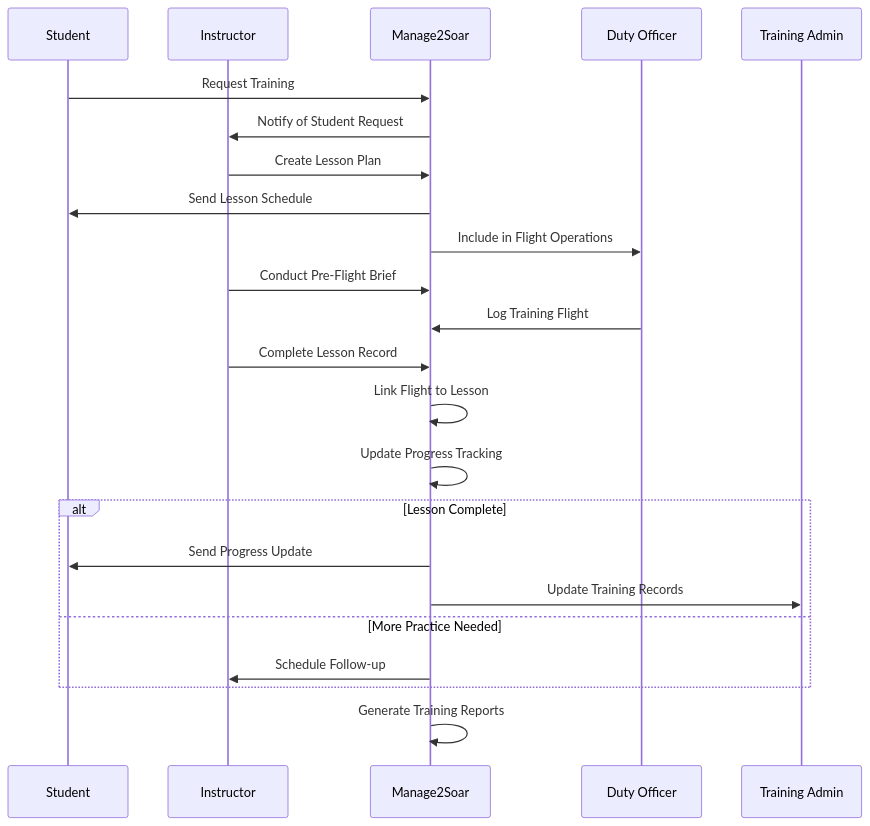
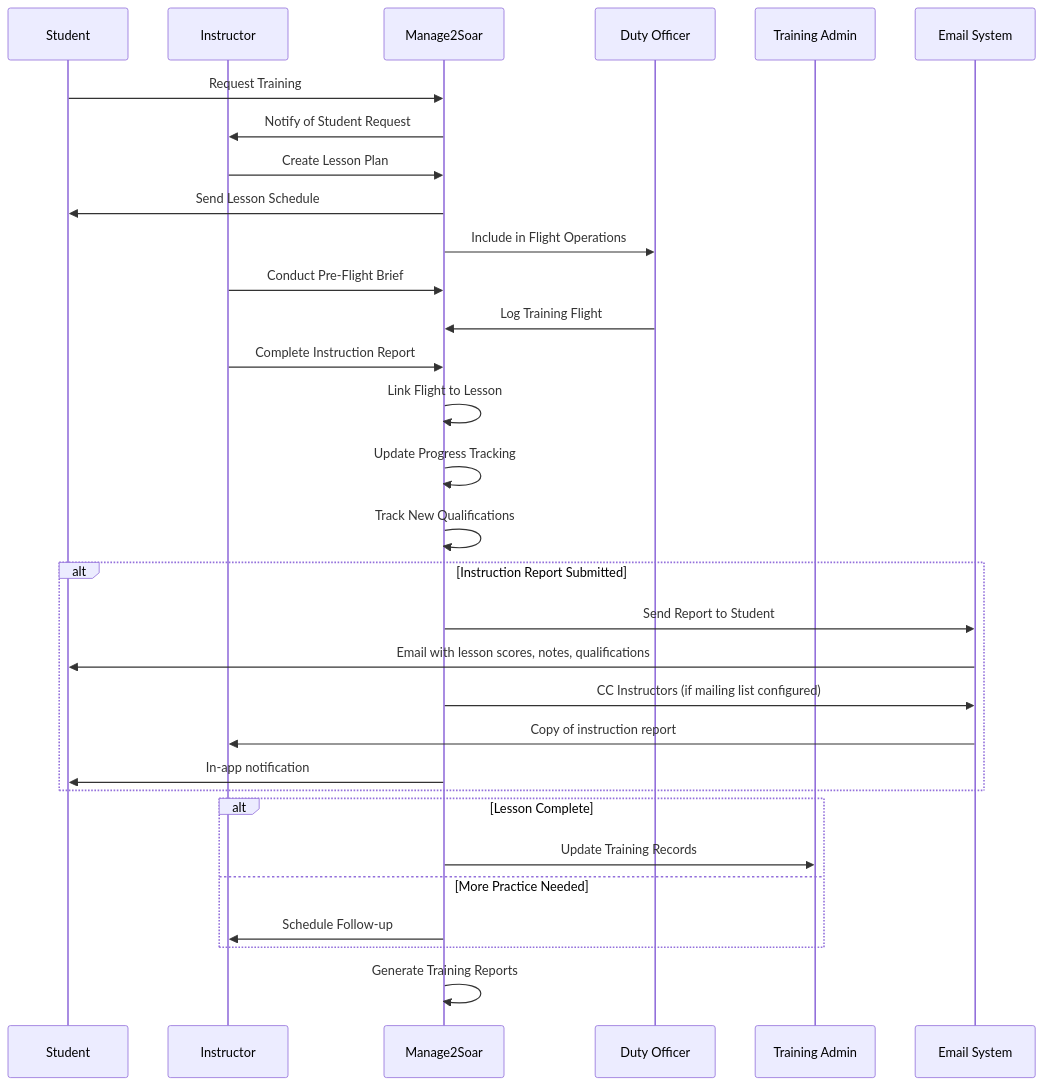
One commit to pietbarber/Manage2Soar changed the second of 9 diagrams in docs/workflows/03-instruction-workflow.md. Above: the diagram before and after it, drawn with Mermaid. The commit also changed other lines of this file and 1 other file, not shown here.

Commit message:
update instruction workflow document

````diff
--- a/docs/workflows/03-instruction-workflow.md
+++ b/docs/workflows/03-instruction-workflow.md
@@ -78,31 +78,40 @@
 ```mermaid
 sequenceDiagram
     participant Student as Student
     participant Instructor as Instructor
     participant System as Manage2Soar
     participant DO as Duty Officer
     participant Admin as Training Admin
+    participant Email as Email System
 
     Student->>System: Request Training
     System->>Instructor: Notify of Student Request
     Instructor->>System: Create Lesson Plan
 
     System->>Student: Send Lesson Schedule
     System->>DO: Include in Flight Operations
 
     Instructor->>System: Conduct Pre-Flight Brief
     DO->>System: Log Training Flight
-    Instructor->>System: Complete Lesson Record
+    Instructor->>System: Complete Instruction Report
 
     System->>System: Link Flight to Lesson
     System->>System: Update Progress Tracking
+    System->>System: Track New Qualifications
+
+    alt Instruction Report Submitted
+        System->>Email: Send Report to Student
+        Email->>Student: Email with lesson scores, notes, qualifications
+        System->>Email: CC Instructors (if mailing list configured)
+        Email->>Instructor: Copy of instruction report
+        System->>Student: In-app notification
+    end
 
     alt Lesson Complete
-        System->>Student: Send Progress Update
         System->>Admin: Update Training Records
     else More Practice Needed
         System->>Instructor: Schedule Follow-up
     end
 
     System->>System: Generate Training Reports
 ```
````
